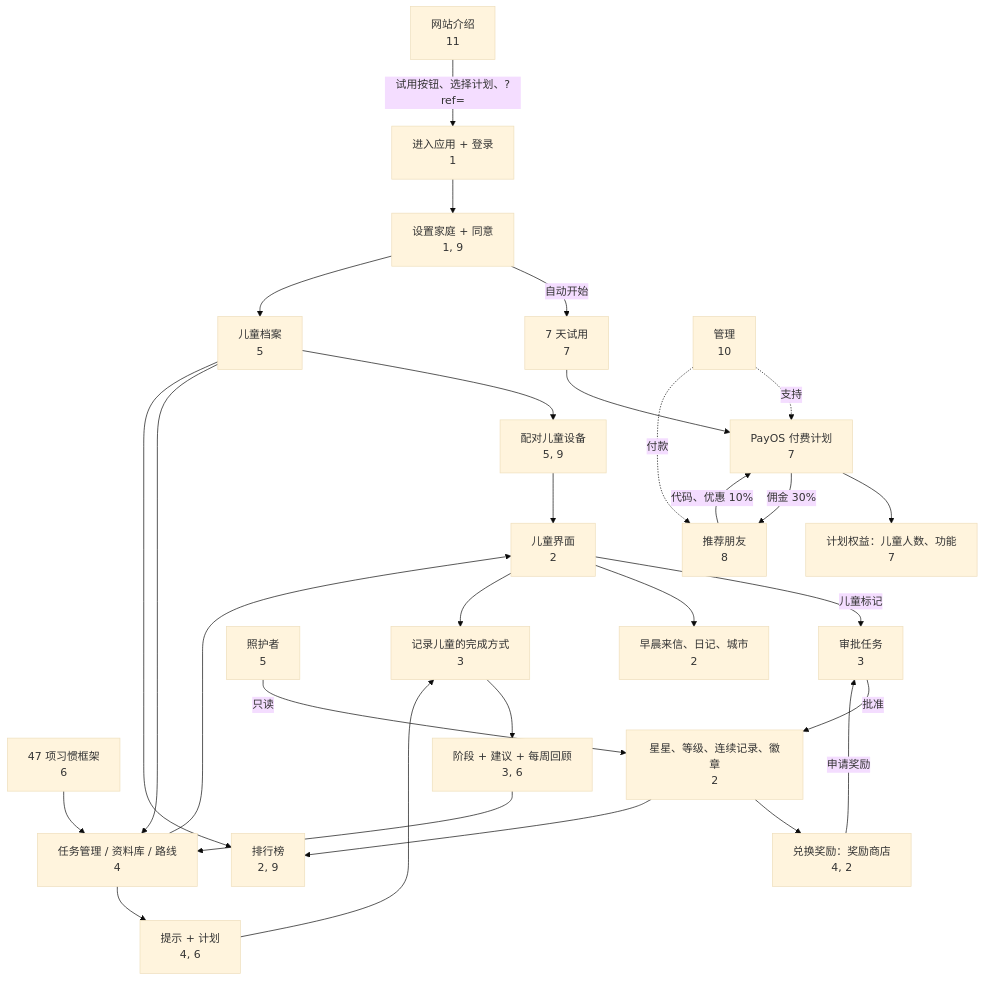
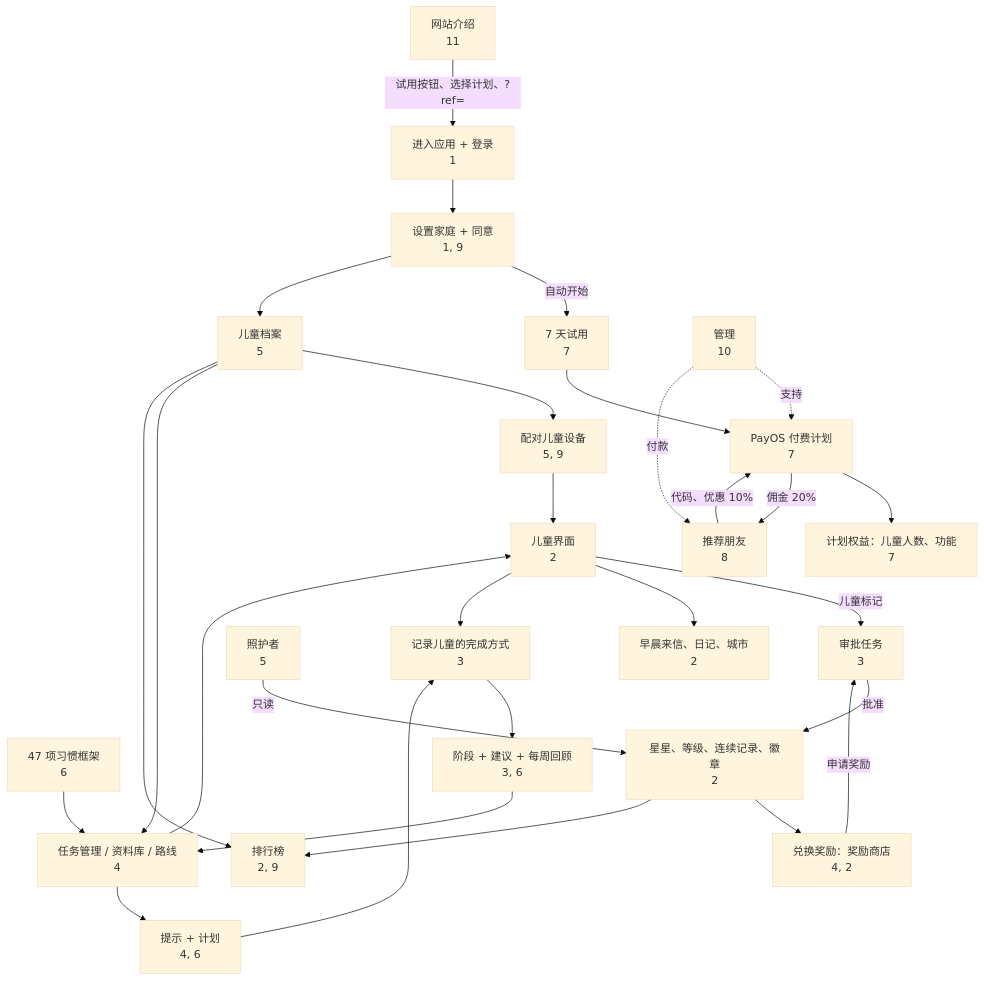
Before and after one commit to vanhoa2191/goodhabittracking: the diagram in docs/huong-dan/translations-pending/zh/12-ban-do-lien-ket.md, drawn with Mermaid (base theme). The commit also changed 68 other files, not shown here.

````diff
--- a/docs/huong-dan/translations-pending/zh/12-ban-do-lien-ket.md
+++ b/docs/huong-dan/translations-pending/zh/12-ban-do-lien-ket.md
@@ -14,31 +14,31 @@
 ```mermaid
 flowchart TD
   W[网站介绍<br/>11] -->|"试用按钮、选择计划、?ref="| E[进入应用 + 登录<br/>1]
   E --> S[设置家庭 + 同意<br/>1, 9]
   S -->|自动开始| T[7 天试用<br/>7]
   T --> P[PayOS 付费计划<br/>7]
   P --> G[计划权益：儿童人数、功能<br/>7]
   S --> C[儿童档案<br/>5]
   C --> D[配对儿童设备<br/>5, 9]
   C --> H[任务管理 / 资料库 / 路线<br/>4]
   K[47 项习惯框架<br/>6] --> H
   H --> Q[提示 + 计划<br/>4, 6]
   H --> B[儿童界面<br/>2]
   D --> B
   B -->|儿童标记| A[审批任务<br/>3]
   A -->|批准| ST[星星、等级、连续记录、徽章<br/>2]
   ST --> R[兑换奖励：奖励商店<br/>4, 2]
   R -->|申请奖励| A
   B --> M[早晨来信、日记、城市<br/>2]
   Q --> I[记录儿童的完成方式<br/>3]
   B --> I
   I --> SG[阶段 + 建议 + 每周回顾<br/>3, 6]
   SG --> H
   ST --> LB[排行榜<br/>2, 9]
   C --> LB
   F[推荐朋友<br/>8] -->|"代码、优惠 10%"| P
-  P -->|佣金 30%| F
+  P -->|佣金 20%| F
   AD[管理<br/>10] -. "支持" .-> P
   AD -. "付款" .-> F
   CG[照护者<br/>5] -->|只读| ST
 ```
````
